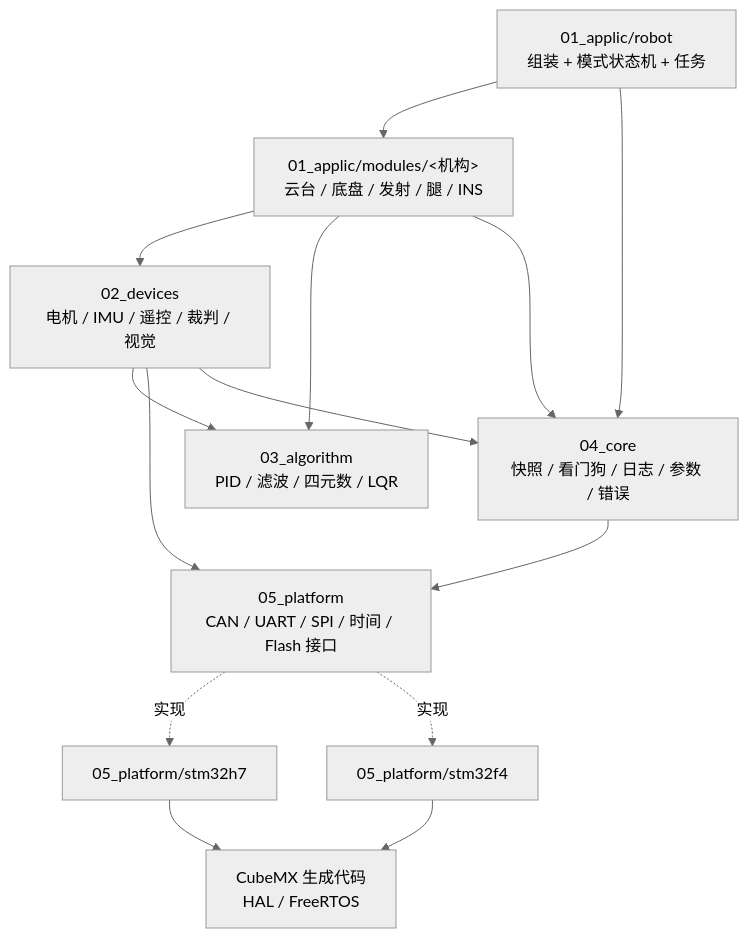
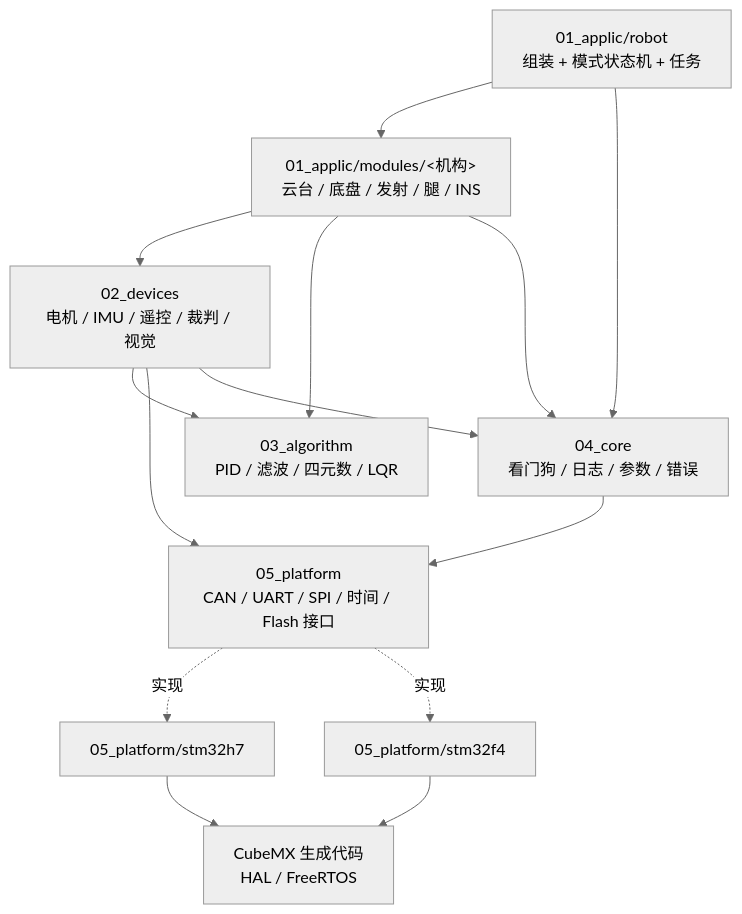
One commit to X0create/COD_RoboCore changed the first of 3 diagrams in docs/ARCHITECTURE.md. Above: the diagram before and after it, drawn with Mermaid (neutral theme). The commit also changed other lines of this file and 49 other files, not shown here.

````diff
--- a/docs/ARCHITECTURE.md
+++ b/docs/ARCHITECTURE.md
@@ -111,25 +111,25 @@
 ```mermaid
 flowchart TD
     APP["01_applic/robot<br/>组装 + 模式状态机 + 任务"]
     SUB["01_applic/modules/<机构><br/>云台 / 底盘 / 发射 / 腿 / INS"]
     DEV["02_devices<br/>电机 / IMU / 遥控 / 裁判 / 视觉"]
     ALG["03_algorithm<br/>PID / 滤波 / 四元数 / LQR"]
-    CORE["04_core<br/>快照 / 看门狗 / 日志 / 参数 / 错误"]
+    CORE["04_core<br/>看门狗 / 日志 / 参数 / 错误"]
     PLAT["05_platform<br/>CAN / UART / SPI / 时间 / Flash 接口"]
     H7["05_platform/stm32h7"]
     F4["05_platform/stm32f4"]
     GEN["CubeMX 生成代码<br/>HAL / FreeRTOS"]
     APP --> SUB
     APP --> CORE
     SUB --> DEV
     SUB --> ALG
     DEV --> ALG
     DEV --> PLAT
     SUB --> CORE
     DEV --> CORE
     CORE --> PLAT
     PLAT -.实现.-> H7
     PLAT -.实现.-> F4
     H7 --> GEN
     F4 --> GEN
 ```
````
